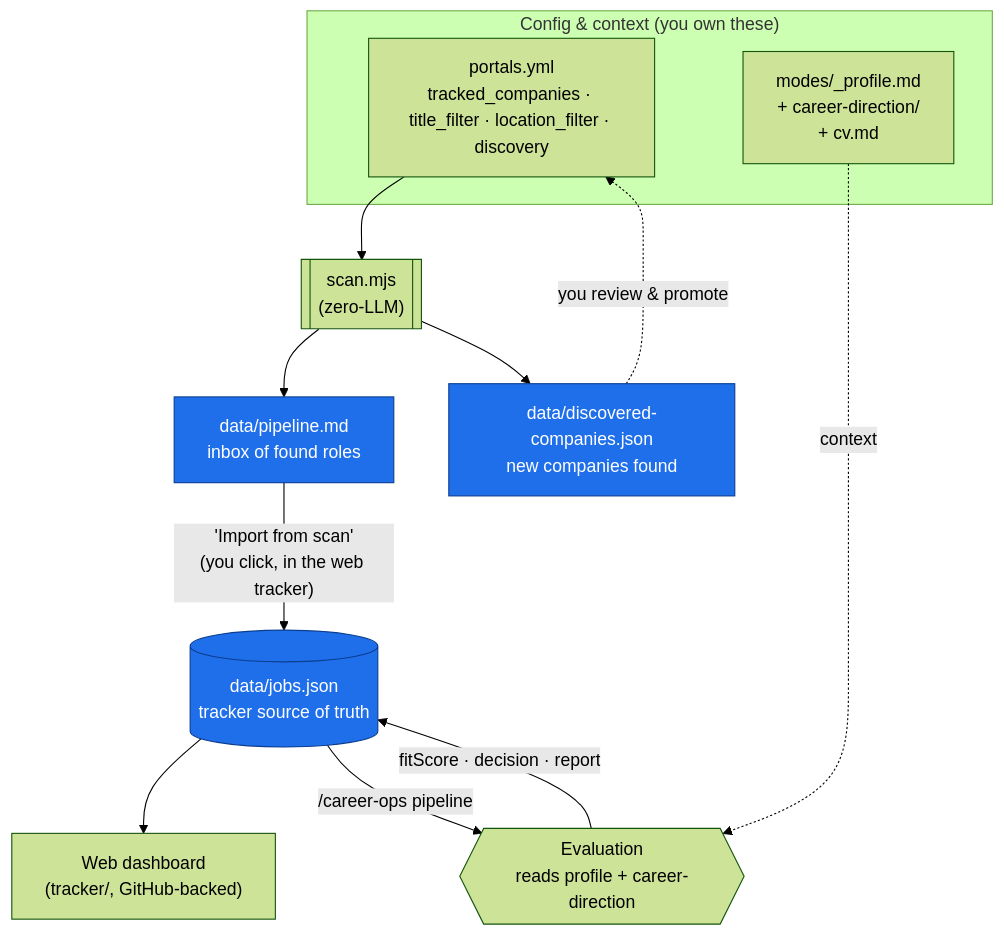
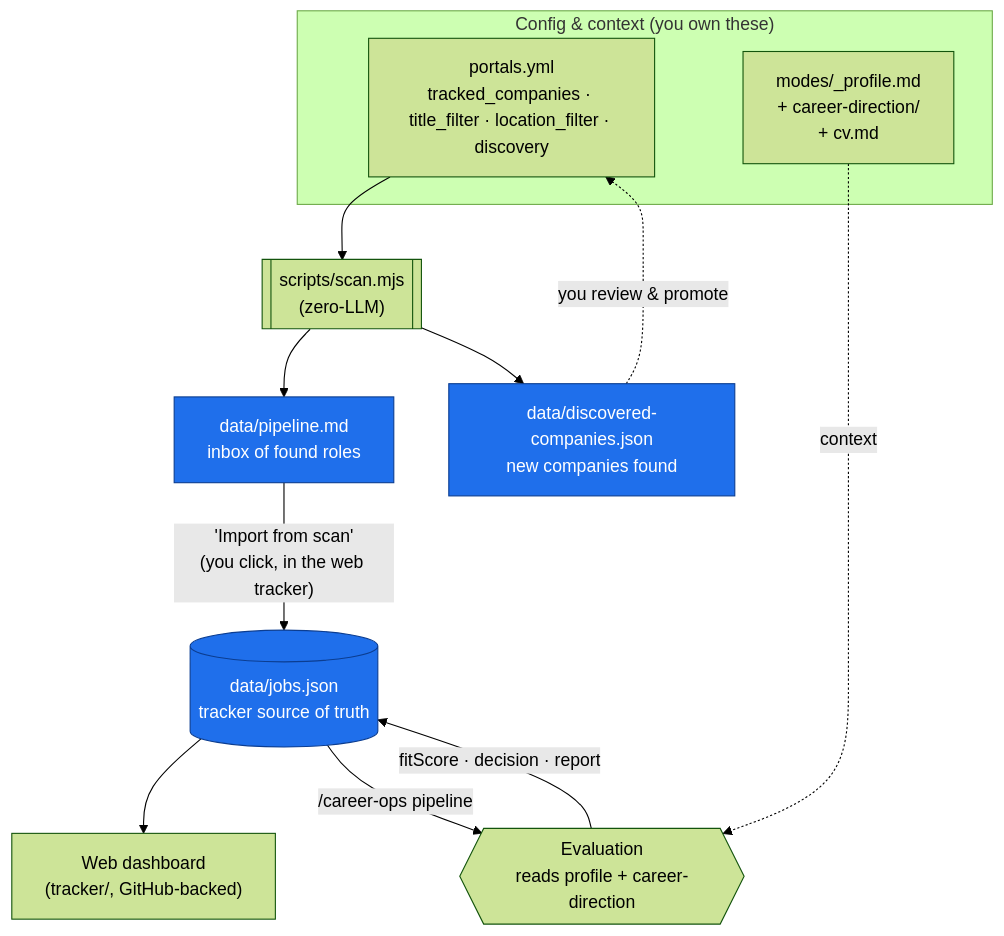
One commit to aliyanamu/career-ops changed the first of 4 diagrams in docs/SCAN-WORKFLOW.md. Above: the diagram before and after it, drawn with Mermaid (forest theme). The commit also changed other lines of this file and 65 other files, not shown here.

````diff
--- a/docs/SCAN-WORKFLOW.md
+++ b/docs/SCAN-WORKFLOW.md
@@ -7,25 +7,25 @@
 ```mermaid
 flowchart TD
     subgraph CFG["Config & context (you own these)"]
         P[portals.yml<br/>tracked_companies · title_filter · location_filter · discovery]
         PROF[modes/_profile.md<br/>+ career-direction/<br/>+ cv.md]
     end
 
-    SCAN[["scan.mjs<br/>(zero-LLM)"]]
+    SCAN[["scripts/scan.mjs<br/>(zero-LLM)"]]
     P --> SCAN
 
     SCAN --> PIPE[data/pipeline.md<br/>inbox of found roles]
     SCAN --> DISC[data/discovered-companies.json<br/>new companies found]
 
     PIPE -->|"'Import from scan'<br/>(you click, in the web tracker)"| JOBS[(data/jobs.json<br/>tracker source of truth)]
     JOBS --> DASH["Web dashboard<br/>(tracker/, GitHub-backed)"]
 
     JOBS -->|"/career-ops pipeline"| EVAL{{Evaluation<br/>reads profile + career-direction}}
     PROF -. context .-> EVAL
     EVAL -->|fitScore · decision · report| JOBS
 
     DISC -.->|"you review & promote"| P
 
     classDef sot fill:#1f6feb,stroke:#0b3d91,color:#fff;
     class JOBS,DISC,PIPE sot;
 ```
````
